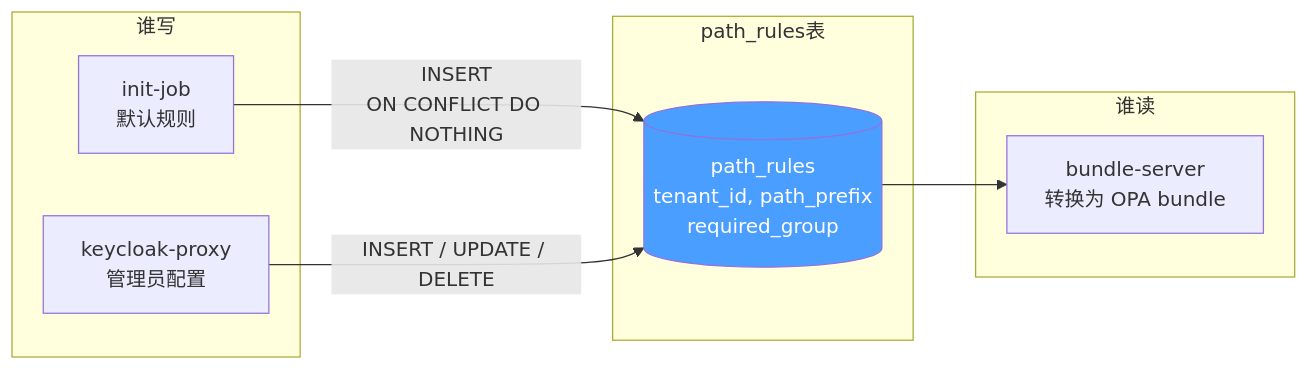
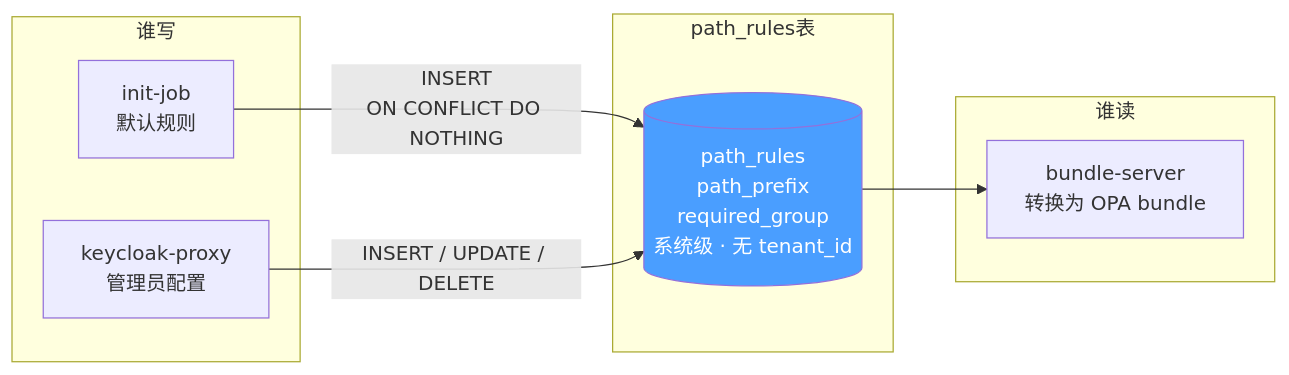
One commit to xiewanchao/aidp-iam changed the third of 11 diagrams in diagrams/data-storage.md. Above: the diagram before and after it, drawn with Mermaid. The commit also changed other lines of this file and 5 other files, not shown here.

````diff
--- a/diagrams/data-storage.md
+++ b/diagrams/data-storage.md
@@ -110,21 +220,21 @@
 ```mermaid
 flowchart LR
     subgraph 谁写
         INIT[init-job<br/>默认规则]
         KP[keycloak-proxy<br/>管理员配置]
     end
 
     subgraph path_rules表
-        PR[(path_rules<br/>tenant_id, path_prefix<br/>required_group)]
+        PR[(path_rules<br/>path_prefix<br/>required_group<br/>系统级 · 无 tenant_id)]
     end
 
     subgraph 谁读
         BS[bundle-server<br/>转换为 OPA bundle]
     end
 
     INIT -->|INSERT<br/>ON CONFLICT DO NOTHING| PR
     KP -->|INSERT / UPDATE / DELETE| PR
     PR --> BS
 
     style PR fill:#4a9eff,color:#fff
 ```
````
